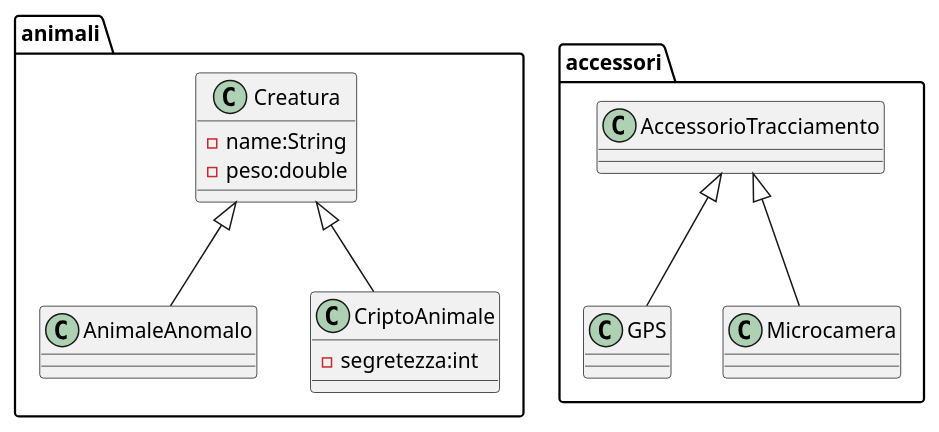
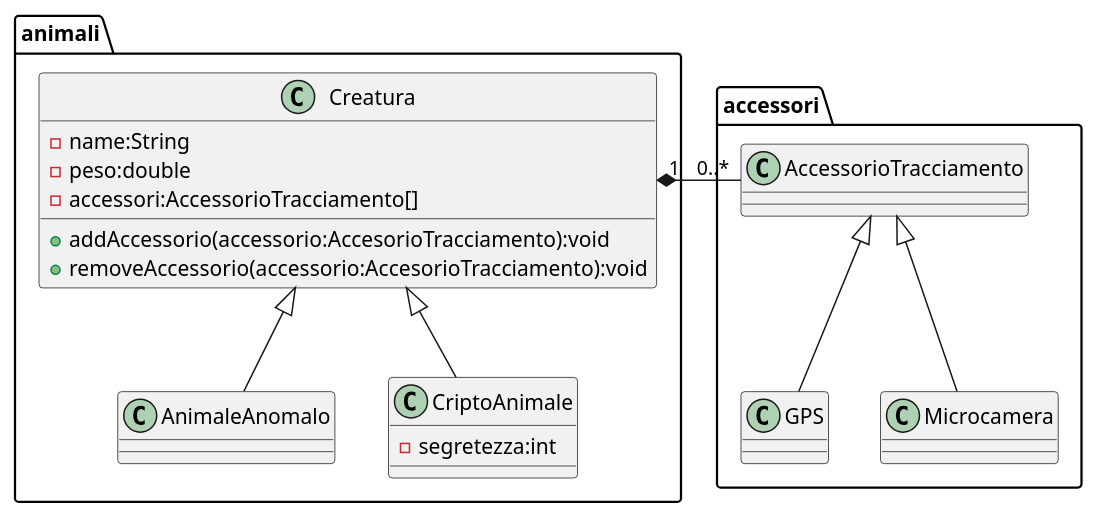
Before and after one commit to itsNikk/2526-4BI: the diagram in uml/src/CD/DipZoologico.puml, drawn with PlantUML.

Commit message:
Update DipZoologico.puml
Added composition

```diff
--- a/uml/src/CD/DipZoologico.puml
+++ b/uml/src/CD/DipZoologico.puml
@@ -1,35 +1,43 @@
 @startuml
 
 '' - private
 '' + pubblico
 
 package animali {
     class Creatura {
         -name:String
         -peso:double
+        -accessori:AccessorioTracciamento[]
+        +addAccessorio(accessorio:AccesorioTracciamento):void
+        +removeAccessorio(accessorio:AccesorioTracciamento):void
+
     }
 
     class AnimaleAnomalo {
 
     }
 
     class CriptoAnimale {
         -segretezza:int
     }
 }
 
-package accessori{
+package accessori {
     class AccessorioTracciamento{}
     class GPS{}
     class Microcamera{}
 }
 
 ''Ereditarietà - punta vuota verso il padre
 Creatura <|-- AnimaleAnomalo
 Creatura <|-- CriptoAnimale
 
 AccessorioTracciamento <|-- GPS
 AccessorioTracciamento <|-- Microcamera
 
+''0..* => da 0 a * elementi
+'' Diamante pieno = composizione
+''
+Creatura "1" *- "0..*" AccessorioTracciamento
 
 @enduml
```
